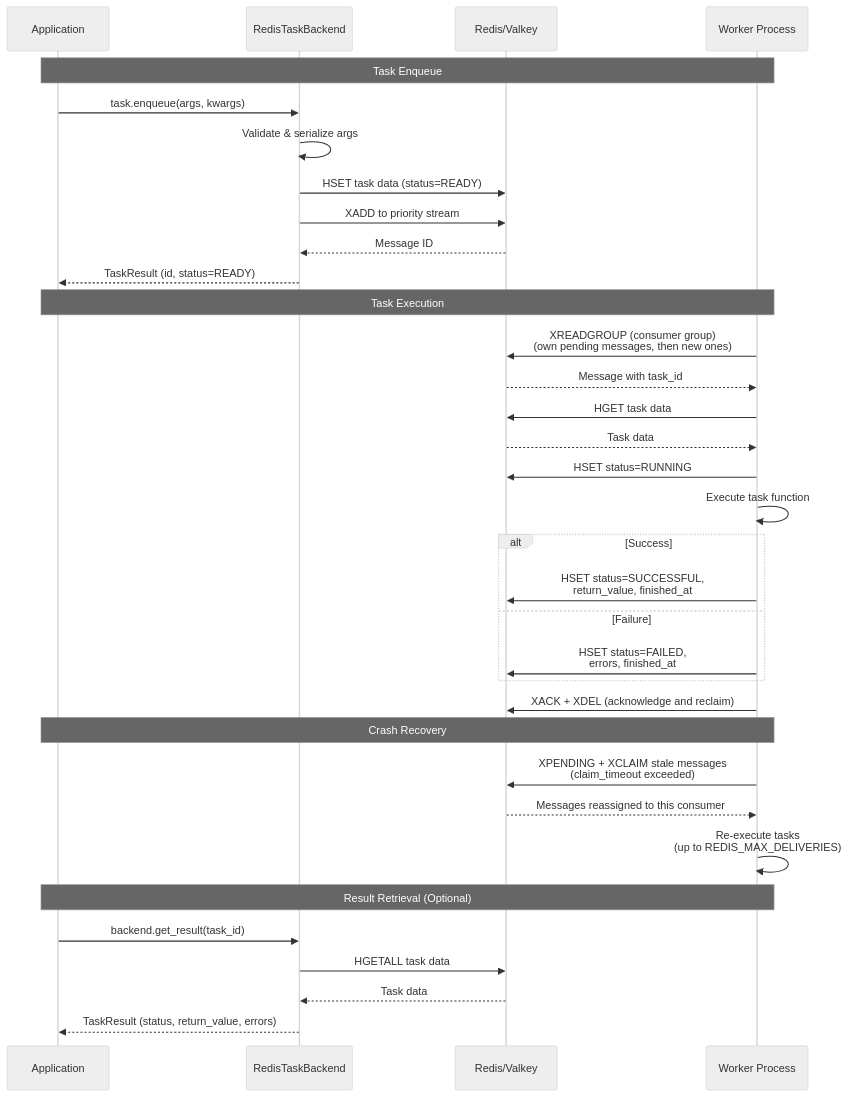
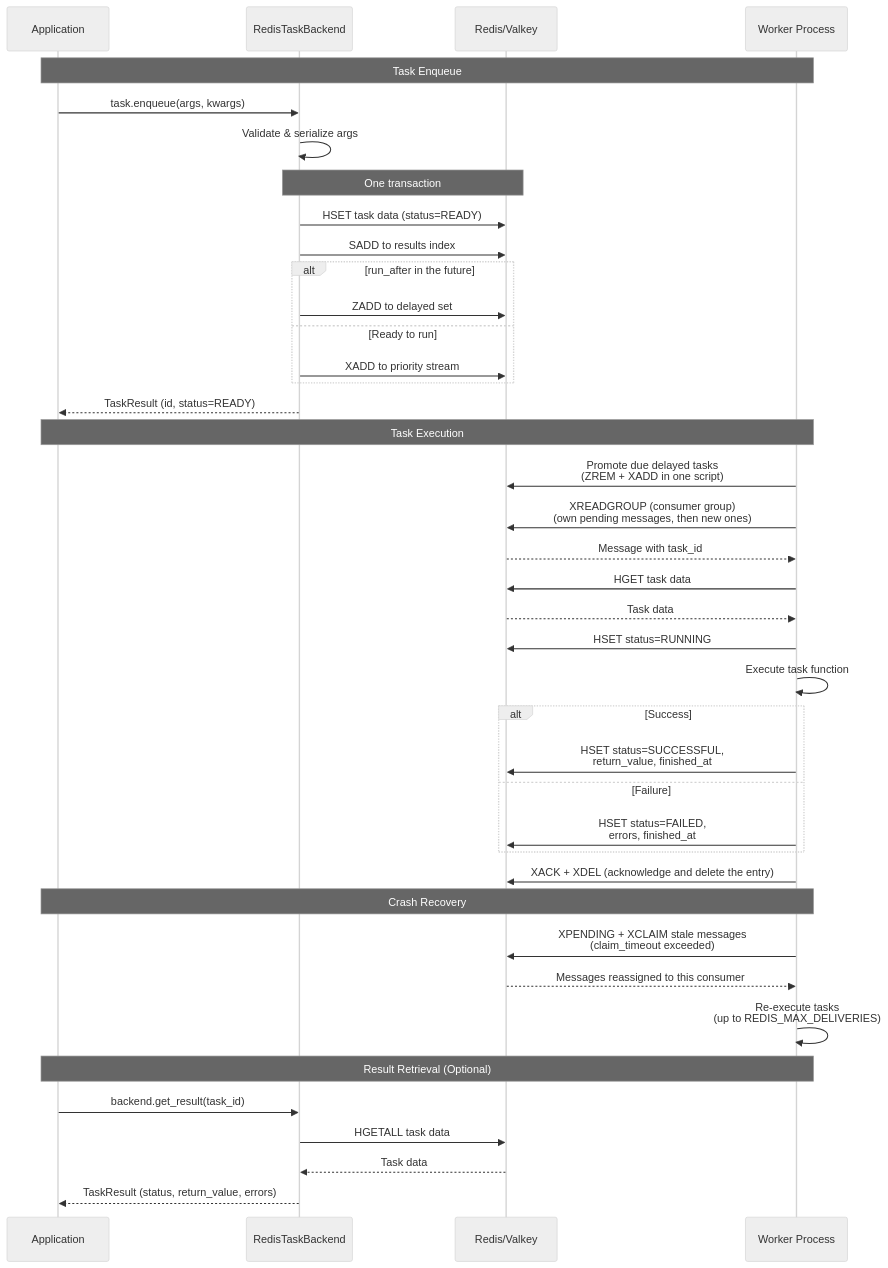
The diagram in README.md (tokibito/django-tasks-redis), drawn with Mermaid (neutral theme) before and after one commit.

Commit message:
docs: show the delayed task path in the architecture diagram
The diagram drew enqueue as a plain XADD, so the delayed set and the
promotion the worker does on every fetch were nowhere in it, even though
that is where most of the recent fixes are. Enqueue now branches on
run_after and is marked as the one transaction it is, including the
results index write, and the worker promotes due tasks before reading.

XACK + XDEL was annotated as a reclaim; it deletes the entry.

````diff
--- a/README.md
+++ b/README.md
@@ -23,40 +23,46 @@
 ```mermaid
 sequenceDiagram
     participant App as Application
     participant Backend as RedisTaskBackend
     participant Redis as Redis/Valkey
     participant Worker as Worker Process
 
     Note over App,Worker: Task Enqueue
     App->>Backend: task.enqueue(args, kwargs)
     Backend->>Backend: Validate & serialize args
+    Note over Backend,Redis: One transaction
     Backend->>Redis: HSET task data (status=READY)
-    Backend->>Redis: XADD to priority stream
-    Redis-->>Backend: Message ID
+    Backend->>Redis: SADD to results index
+    alt run_after in the future
+        Backend->>Redis: ZADD to delayed set
+    else Ready to run
+        Backend->>Redis: XADD to priority stream
+    end
     Backend-->>App: TaskResult (id, status=READY)
 
     Note over App,Worker: Task Execution
+    Worker->>Redis: Promote due delayed tasks<br/>(ZREM + XADD in one script)
     Worker->>Redis: XREADGROUP (consumer group)<br/>(own pending messages, then new ones)
     Redis-->>Worker: Message with task_id
     Worker->>Redis: HGET task data
     Redis-->>Worker: Task data
     Worker->>Redis: HSET status=RUNNING
     Worker->>Worker: Execute task function
     alt Success
         Worker->>Redis: HSET status=SUCCESSFUL,<br/>return_value, finished_at
     else Failure
         Worker->>Redis: HSET status=FAILED,<br/>errors, finished_at
     end
-    Worker->>Redis: XACK + XDEL (acknowledge and reclaim)
+    Worker->>Redis: XACK + XDEL (acknowledge and delete the entry)
 
     Note over App,Worker: Crash Recovery
     Worker->>Redis: XPENDING + XCLAIM stale messages<br/>(claim_timeout exceeded)
     Redis-->>Worker: Messages reassigned to this consumer
     Worker->>Worker: Re-execute tasks<br/>(up to REDIS_MAX_DELIVERIES)
 
     Note over App,Worker: Result Retrieval (Optional)
     App->>Backend: backend.get_result(task_id)
     Backend->>Redis: HGETALL task data
     Redis-->>Backend: Task data
     Backend-->>App: TaskResult (status, return_value, errors)
 ```
````
